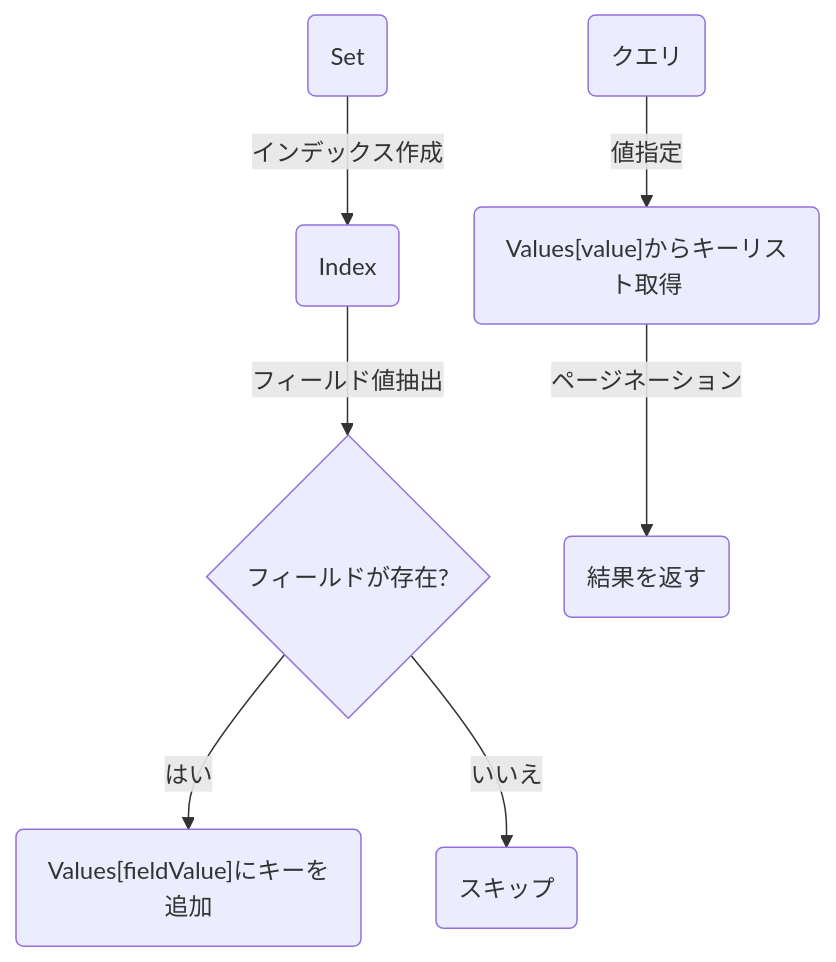
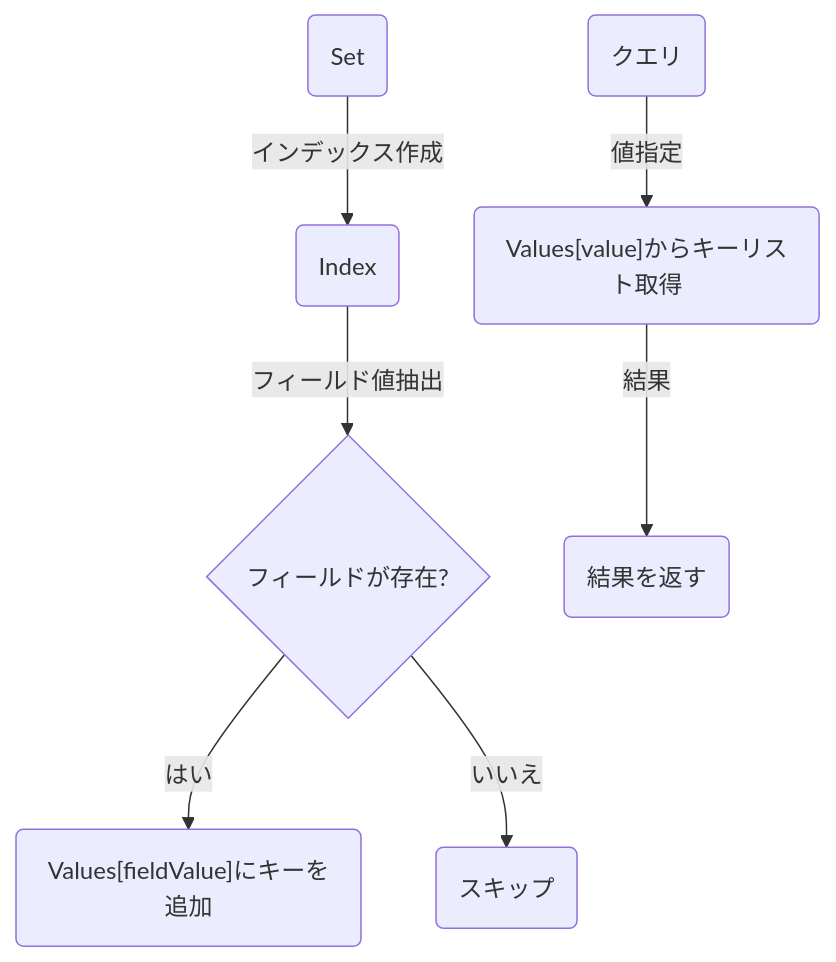
Before and after one commit to ssig33/fuckbase: the third of 5 diagrams in textbooks/03_data_structures.md, drawn with Mermaid. The commit also changed other lines of this file and 6 other files, not shown here.

````diff
--- a/textbooks/03_data_structures.md
+++ b/textbooks/03_data_structures.md
@@ -105,10 +110,10 @@
 ```mermaid
 graph TD
     A("Set") -->|インデックス作成| B("Index")
     B -->|フィールド値抽出| C{"フィールドが存在?"}
     C -->|はい| D("Values[fieldValue]にキーを追加")
     C -->|いいえ| E("スキップ")
     
     F("クエリ") -->|値指定| G("Values[value]からキーリスト取得")
-    G -->|ページネーション| I("結果を返す")
+    G -->|結果| I("結果を返す")
 ```
````
